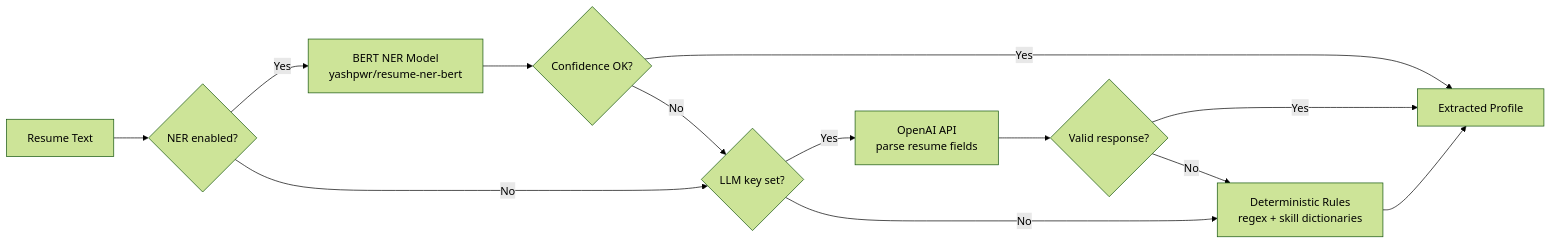
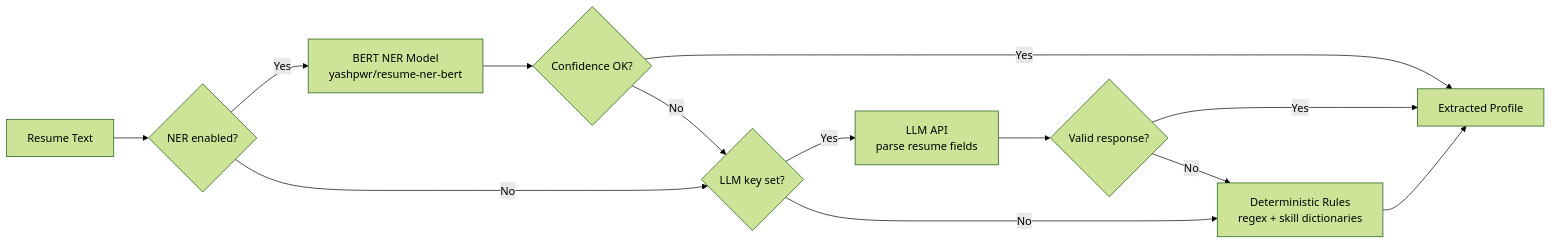
The second of 5 diagrams in docs/backend-flow.md (dikawardani24/recruitment-app), drawn with Mermaid (forest theme) before and after one commit. The commit also changed other lines of this file and 4 other files, not shown here.

````diff
--- a/docs/backend-flow.md
+++ b/docs/backend-flow.md
@@ -56,20 +55,20 @@
 ```mermaid
 flowchart LR
     A[Resume Text] --> B{NER enabled?}
 
     B -->|Yes| C[BERT NER Model\nyashpwr/resume-ner-bert]
     C --> D{Confidence OK?}
     D -->|Yes| E[Extracted Profile]
     D -->|No| F{LLM key set?}
 
     B -->|No| F
 
-    F -->|Yes| G[OpenAI API\nparse resume fields]
+    F -->|Yes| G[LLM API\nparse resume fields]
     G --> H{Valid response?}
     H -->|Yes| E
     H -->|No| I[Deterministic Rules\nregex + skill dictionaries]
 
     F -->|No| I
 
     I --> E
 ```
````
